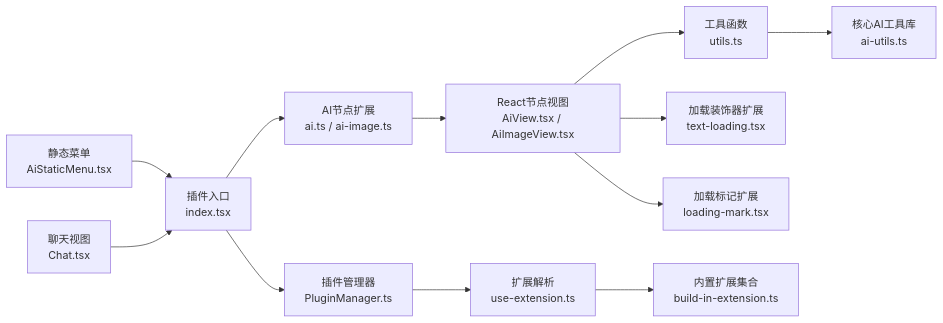
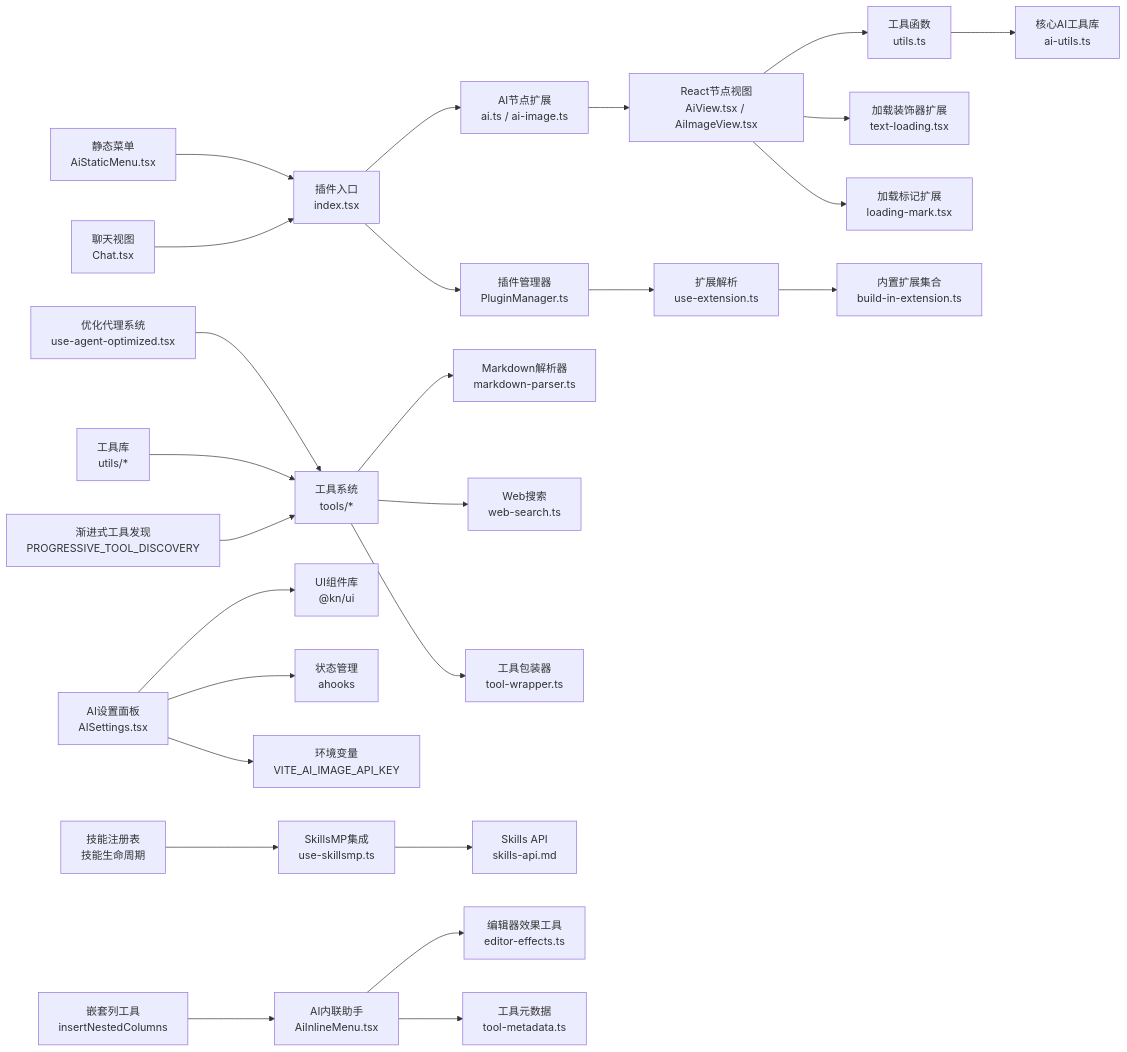
One commit to LRF0422/Kotion changed the ninth of 9 diagrams in .qoder/repowiki/zh/content/功能模块/AI插件/AI插件.md. Above: the diagram before and after it, drawn with Mermaid. The commit also changed other lines of this file and 75 other files, not shown here.

````diff
--- a/.qoder/repowiki/zh/content/功能模块/AI插件/AI插件.md
+++ b/.qoder/repowiki/zh/content/功能模块/AI插件/AI插件.md
@@ -376,14 +943,28 @@
 ```mermaid
 graph LR
 A["插件入口<br/>index.tsx"] --> B["AI节点扩展<br/>ai.ts / ai-image.ts"]
 B --> C["React节点视图<br/>AiView.tsx / AiImageView.tsx"]
 C --> D["工具函数<br/>utils.ts"]
 D --> E["核心AI工具库<br/>ai-utils.ts"]
 C --> F["加载装饰器扩展<br/>text-loading.tsx"]
 C --> G["加载标记扩展<br/>loading-mark.tsx"]
 A --> H["插件管理器<br/>PluginManager.ts"]
 H --> I["扩展解析<br/>use-extension.ts"]
 I --> J["内置扩展集合<br/>build-in-extension.ts"]
 K["静态菜单<br/>AiStaticMenu.tsx"] --> A
 L["聊天视图<br/>Chat.tsx"] --> A
+M["优化代理系统<br/>use-agent-optimized.tsx"] --> N["工具系统<br/>tools/*"]
+N --> O["Markdown解析器<br/>markdown-parser.ts"]
+N --> P["Web搜索<br/>web-search.ts"]
+N --> Q["工具包装器<br/>tool-wrapper.ts"]
+R["工具库<br/>utils/*"] --> N
+S["AI设置面板<br/>AISettings.tsx"] --> T["UI组件库<br/>@kn/ui"]
+S --> U["状态管理<br/>ahooks"]
+S --> V["环境变量<br/>VITE_AI_IMAGE_API_KEY"]
+W["SkillsMP集成<br/>use-skillsmp.ts"] --> X["Skills API<br/>skills-api.md"]
+Y["技能注册表<br/>技能生命周期"] --> W
+Z["渐进式工具发现<br/>PROGRESSIVE_TOOL_DISCOVERY"] --> N
+AA["AI内联助手<br/>AiInlineMenu.tsx"] --> BB["编辑器效果工具<br/>editor-effects.ts"]
+AA --> CC["工具元数据<br/>tool-metadata.ts"]
+DD["嵌套列工具<br/>insertNestedColumns"] --> AA
 ```
````
